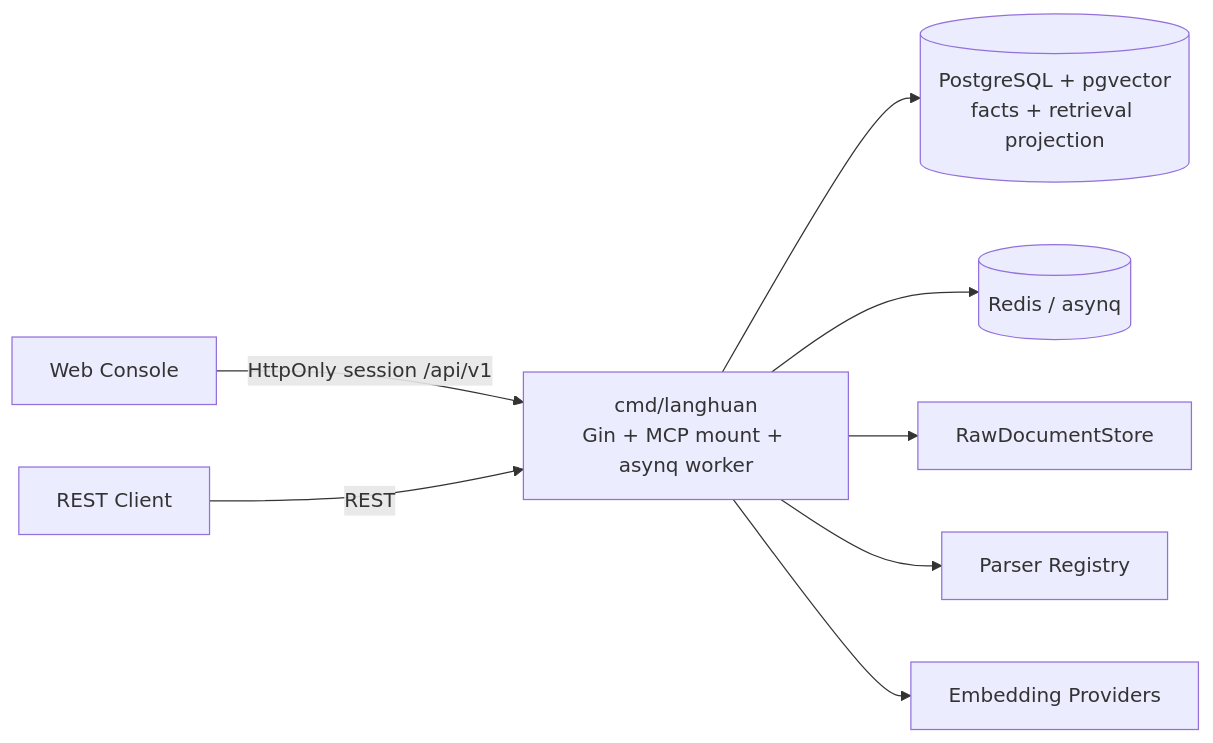
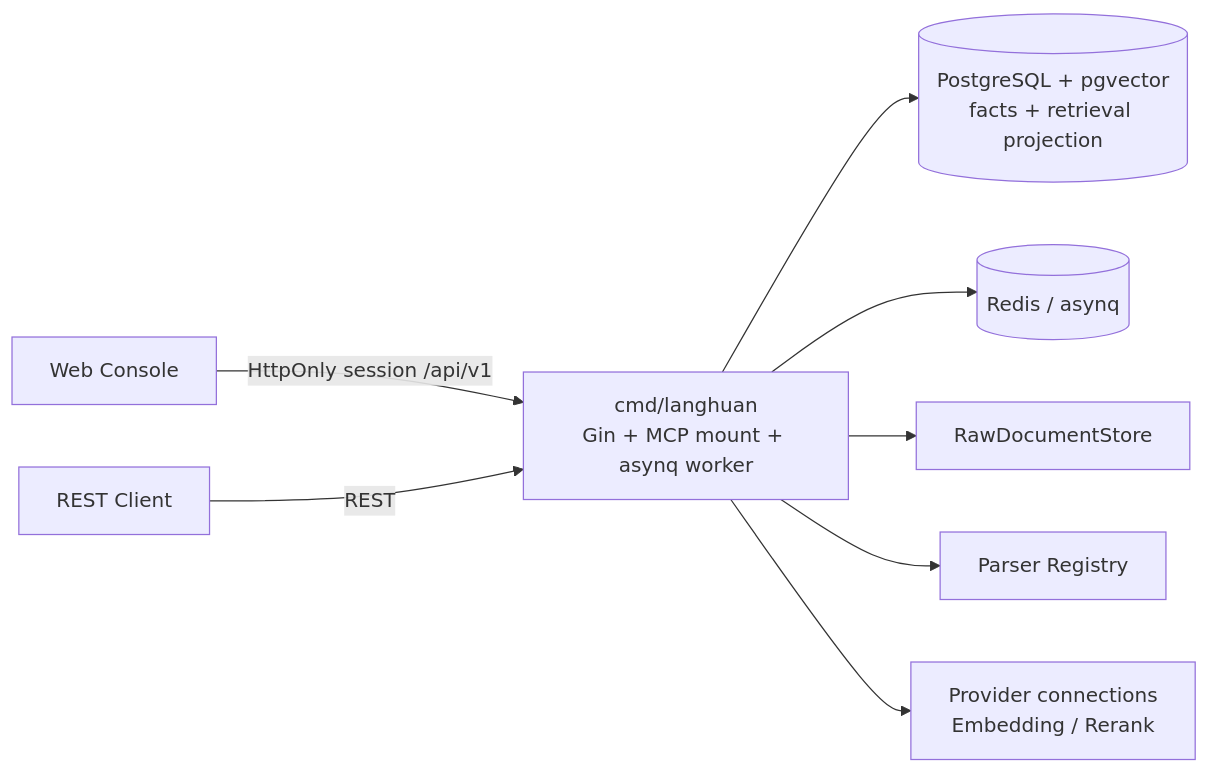
One commit to amoydavid/langhuan changed the first of 6 diagrams in docs/ARCHITECTURE.md. Above: the diagram before and after it, drawn with Mermaid. The commit also changed other lines of this file and 3 other files, not shown here.

````diff
--- a/docs/ARCHITECTURE.md
+++ b/docs/ARCHITECTURE.md
@@ -7,19 +7,19 @@
 ```mermaid
 flowchart LR
     Browser["Web Console"]
     Client["REST Client"]
     Langhuan["cmd/langhuan<br/>Gin + MCP mount + asynq worker"]
     PG[("PostgreSQL + pgvector<br/>facts + retrieval projection")]
     Redis[("Redis / asynq")]
     Raw["RawDocumentStore"]
     Parser["Parser Registry"]
-    Embed["Embedding Providers"]
+    Embed["Provider connections<br/>Embedding / Rerank"]
 
     Browser -->|"HttpOnly session /api/v1"| Langhuan
     Client -->|"REST"| Langhuan
     Langhuan --> PG
     Langhuan --> Redis
     Langhuan --> Raw
     Langhuan --> Parser
     Langhuan --> Embed
 ```
````
